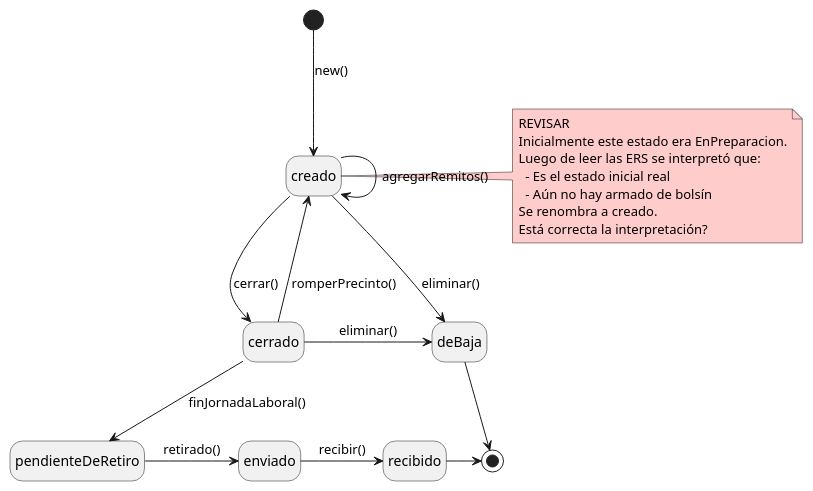
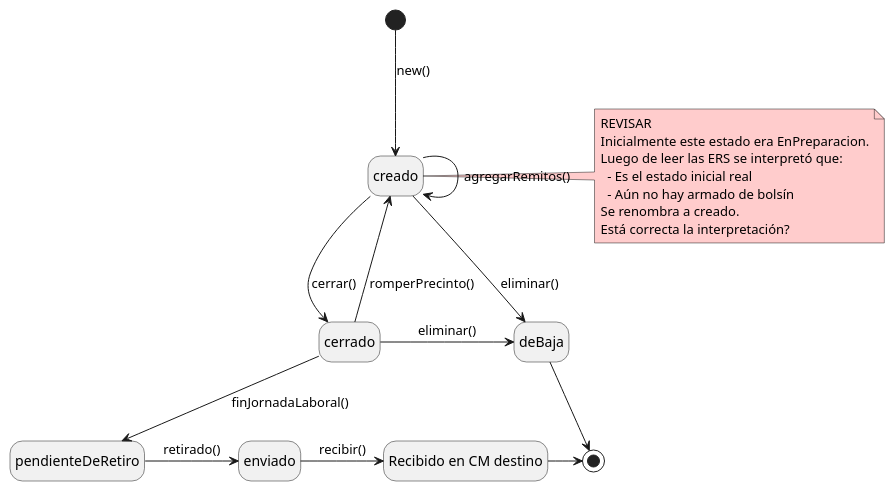
Before and after one commit to JuanjoCasas/PPAI-Bolsin: the diagram in doc/CU28_RegistrarRecepcionDeBolsin/ME_Bolsin.puml, drawn with PlantUML. The commit also changed 2 other files, not shown here.

Commit message:
add: diagrama de secuencia

```diff
--- a/doc/CU28_RegistrarRecepcionDeBolsin/ME_Bolsin.puml
+++ b/doc/CU28_RegistrarRecepcionDeBolsin/ME_Bolsin.puml
@@ -1,30 +1,31 @@
 @startuml "Maquina de estado del Bolsin"
 hide empty description
 
 [*] --> creado : new()
 creado -> creado : agregarRemitos()
 creado -> deBaja : eliminar()
 creado --> cerrado : cerrar()
 
 cerrado -> creado : romperPrecinto()
 cerrado -> deBaja : eliminar()
 cerrado --> pendienteDeRetiro : finJornadaLaboral()
 
 pendienteDeRetiro -> enviado : retirado()
 
+state "Recibido en CM destino" as recibido
 enviado -> recibido : recibir()
 
 deBaja -> [*]
 recibido -> [*]
 
 note right of creado #FFCCCC
     REVISAR
     Inicialmente este estado era EnPreparacion.
     Luego de leer las ERS se interpretó que:
       - Es el estado inicial real
       - Aún no hay armado de bolsín
     Se renombra a creado.
     Está correcta la interpretación?
 end note
 
 @enduml
```
